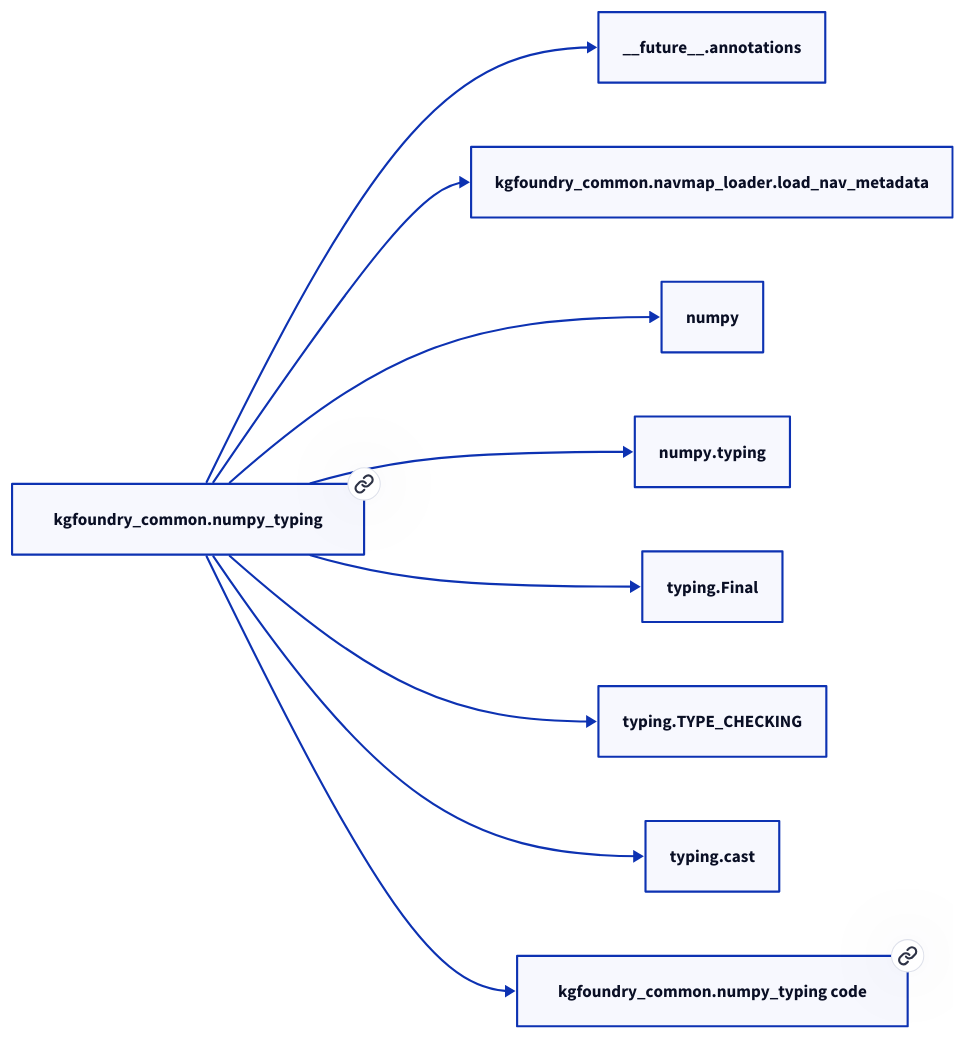
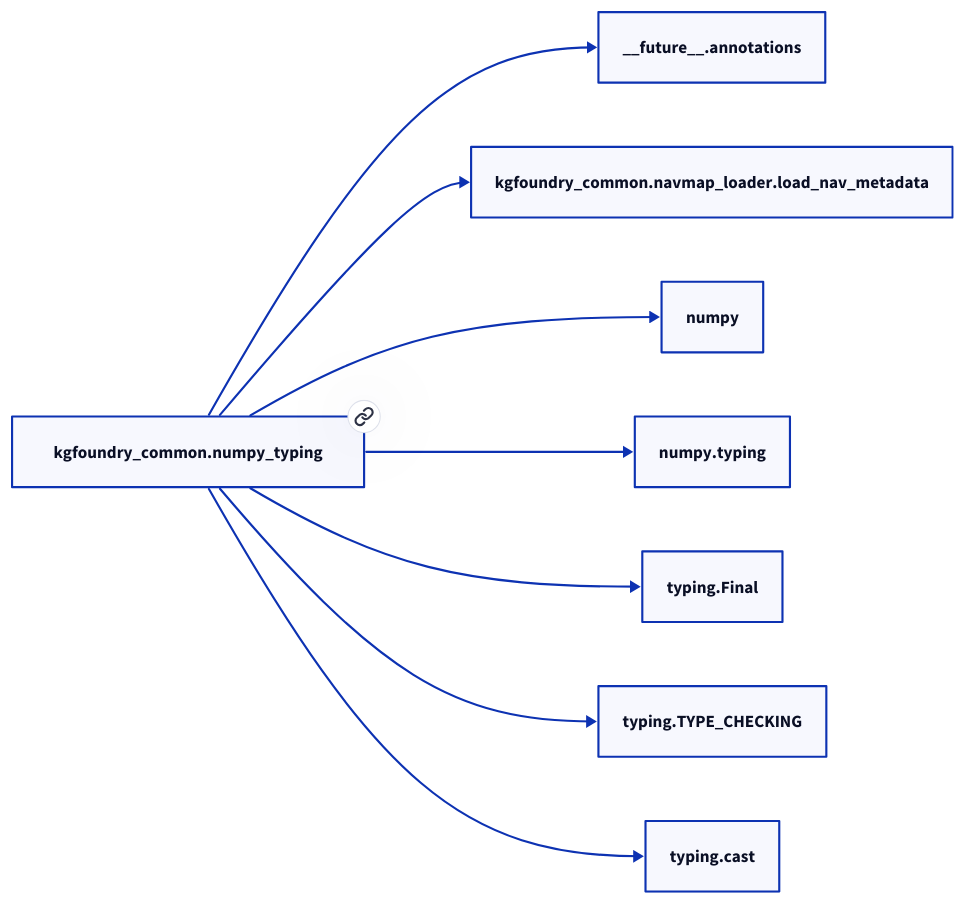
Before and after one commit to paul-heyse/kgforge: the diagram in docs/modules/kgfoundry_common/numpy_typing.md, drawn with D2. The commit also changed other lines of this file and 118 other files, not shown here.

````diff
--- a/docs/modules/kgfoundry_common/numpy_typing.md
+++ b/docs/modules/kgfoundry_common/numpy_typing.md
@@ -37,20 +35,18 @@
 ```d2
 direction: right
-"kgfoundry_common.numpy_typing": "kgfoundry_common.numpy_typing" { link: "./kgfoundry_common/numpy_typing.md" }
+"kgfoundry_common.numpy_typing": "kgfoundry_common.numpy_typing" { link: "numpy_typing.md" }
 "__future__.annotations": "__future__.annotations"
 "kgfoundry_common.numpy_typing" -> "__future__.annotations"
 "kgfoundry_common.navmap_loader.load_nav_metadata": "kgfoundry_common.navmap_loader.load_nav_metadata"
 "kgfoundry_common.numpy_typing" -> "kgfoundry_common.navmap_loader.load_nav_metadata"
 "numpy": "numpy"
 "kgfoundry_common.numpy_typing" -> "numpy"
 "numpy.typing": "numpy.typing"
 "kgfoundry_common.numpy_typing" -> "numpy.typing"
 "typing.Final": "typing.Final"
 "kgfoundry_common.numpy_typing" -> "typing.Final"
 "typing.TYPE_CHECKING": "typing.TYPE_CHECKING"
 "kgfoundry_common.numpy_typing" -> "typing.TYPE_CHECKING"
 "typing.cast": "typing.cast"
 "kgfoundry_common.numpy_typing" -> "typing.cast"
-"kgfoundry_common.numpy_typing_code": "kgfoundry_common.numpy_typing code" { link: "https://github.com/kgfoundry/kgfoundry/blob/main/src/kgfoundry_common/numpy_typing.py" }
-"kgfoundry_common.numpy_typing" -> "kgfoundry_common.numpy_typing_code" { style: dashed }
 ```
````
